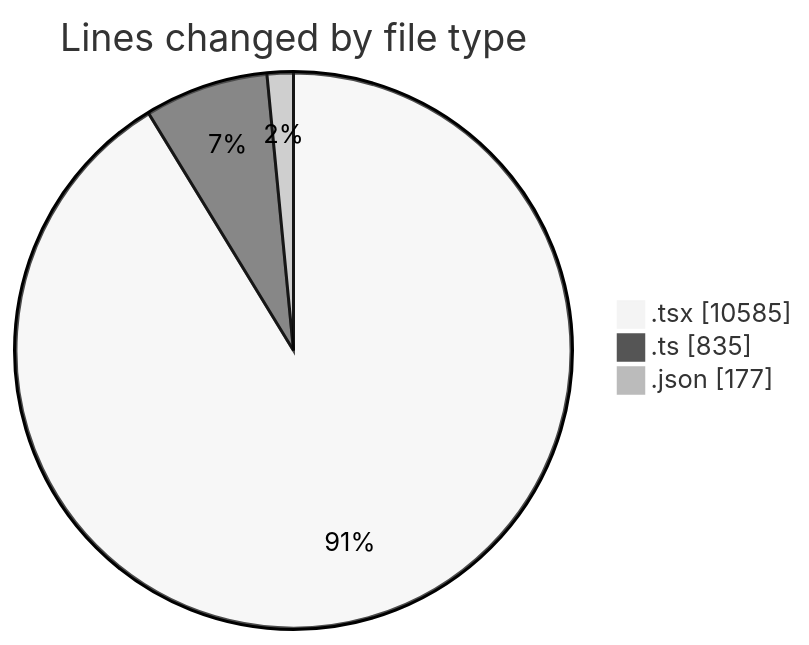
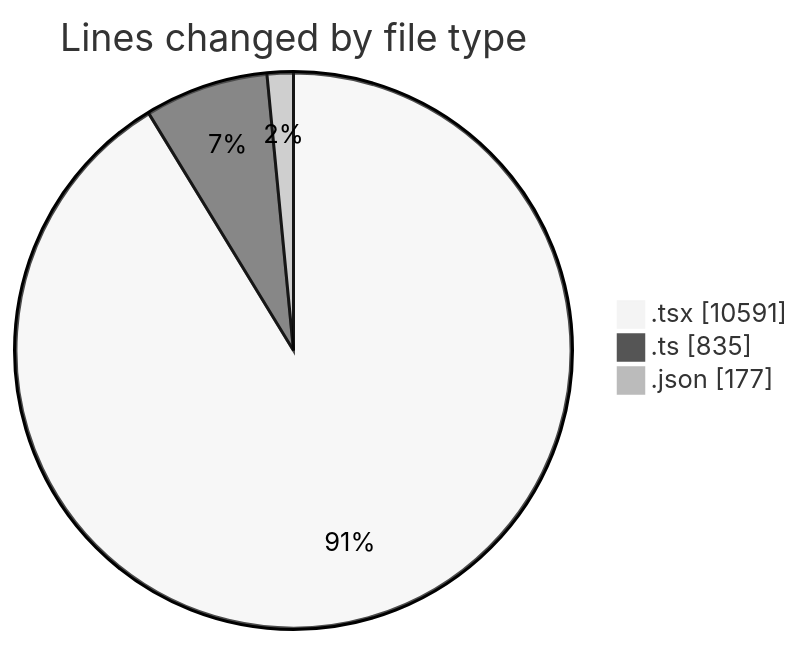
One commit to robertbonfada/code-tracking changed the first of 2 diagrams in 2025-02-18/mbc-web/README.md. Above: the diagram before and after it, drawn with Mermaid (neutral theme). The commit also changed other lines of this file and 1 other file, not shown here.

````diff
--- a/2025-02-18/mbc-web/README.md
+++ b/2025-02-18/mbc-web/README.md
@@ -137,7 +138,7 @@
 ```mermaid
 pie showData
 title Lines changed by file type
-".tsx" : 10585
+".tsx" : 10591
 ".ts" : 835
 ".json" : 177
 ```
````
